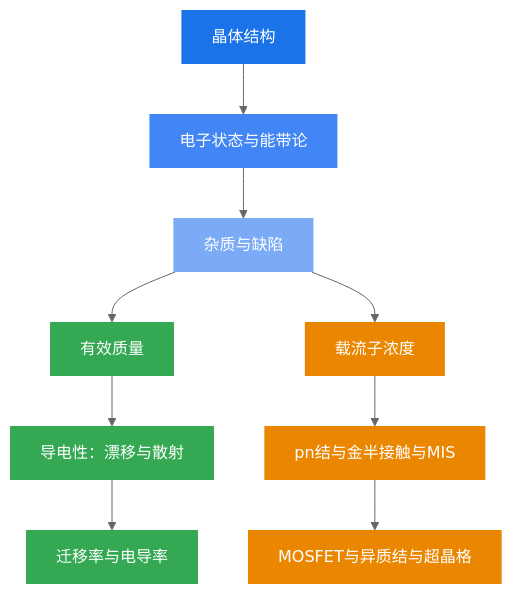
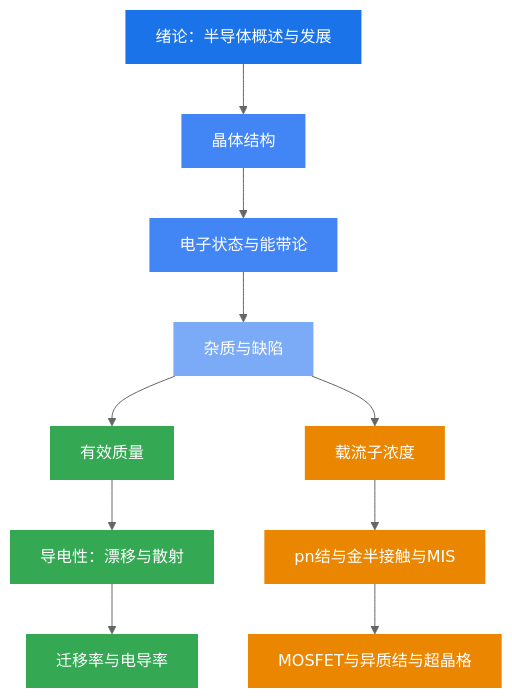
Before and after one commit to LiuandXu/semiconductor-physics-wiki: the diagram in docs/index.md, drawn with Mermaid (neutral theme). The commit also changed other lines of this file and 1554 other files, not shown here.

Commit message:
删除所有课件截图，新增第一章绪论

````diff
--- a/docs/index.md
+++ b/docs/index.md
@@ -64,24 +64,26 @@
 ```mermaid
 flowchart TD
-    A["晶体结构"] --> B["电子状态与能带论"]
-    B --> C["杂质与缺陷"]
+    A["绪论：半导体概述与发展"] --> B["晶体结构"]
+    B --> C["电子状态与能带论"]
+    C --> D["杂质与缺陷"]
 
-    C --> D["有效质量"]
-    C --> E["载流子浓度"]
+    D --> E["有效质量"]
+    D --> F["载流子浓度"]
 
-    D --> F["导电性：漂移与散射"]
-    F --> G["迁移率与电导率"]
+    E --> G["导电性：漂移与散射"]
+    G --> H["迁移率与电导率"]
 
-    E --> H["pn结与金半接触与MIS"]
-    H --> I["MOSFET与异质结与超晶格"]
+    F --> I["pn结与金半接触与MIS"]
+    I --> J["MOSFET与异质结与超晶格"]
 
     style A fill:#1a73e8,color:#fff,stroke:none
     style B fill:#4285f4,color:#fff,stroke:none
-    style C fill:#7baaf7,color:#fff,stroke:none
-    style D fill:#34a853,color:#fff,stroke:none
-    style F fill:#34a853,color:#fff,stroke:none
+    style C fill:#4285f4,color:#fff,stroke:none
+    style D fill:#7baaf7,color:#fff,stroke:none
+    style E fill:#34a853,color:#fff,stroke:none
     style G fill:#34a853,color:#fff,stroke:none
-    style E fill:#ea8600,color:#fff,stroke:none
-    style H fill:#ea8600,color:#fff,stroke:none
+    style H fill:#34a853,color:#fff,stroke:none
+    style F fill:#ea8600,color:#fff,stroke:none
     style I fill:#ea8600,color:#fff,stroke:none
+    style J fill:#ea8600,color:#fff,stroke:none
 ```
````
